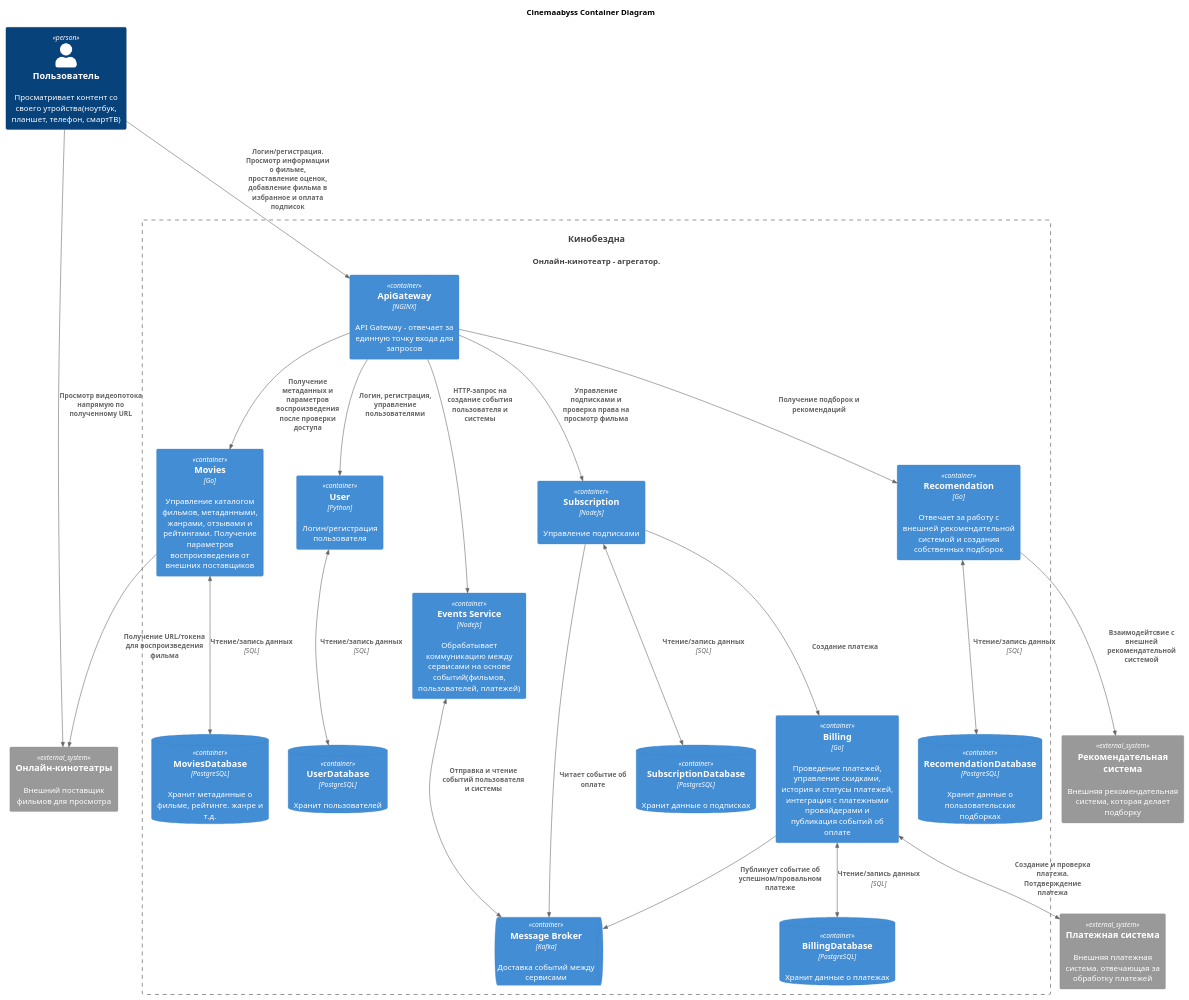
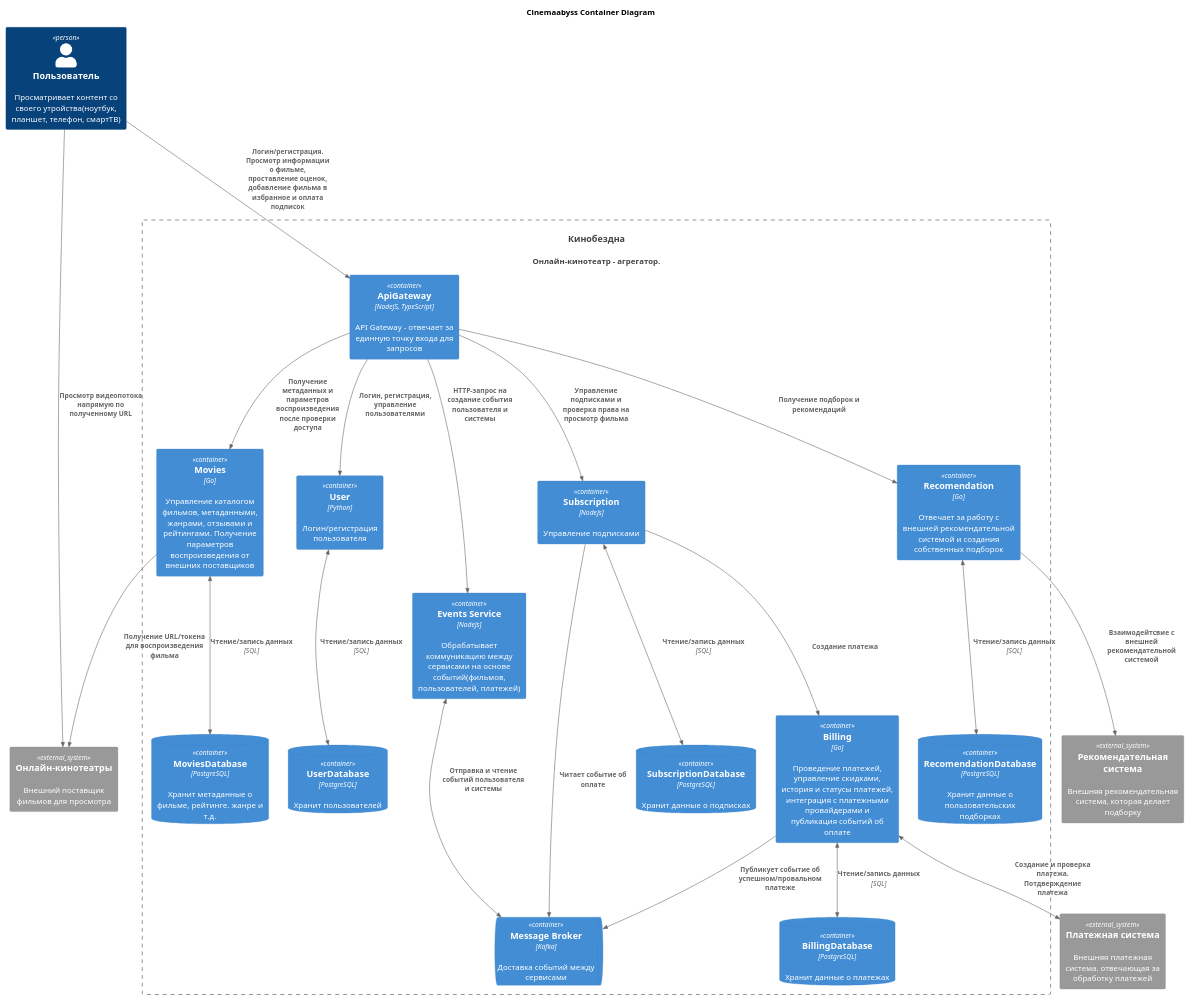
The diagram in docs/container.puml (Lobanovk/architecture-pro-cinemaabyss), drawn with PlantUML before and after one commit. The commit also changed 10 other files, not shown here.

```diff
--- a/docs/container.puml
+++ b/docs/container.puml
@@ -1,58 +1,58 @@
 @startuml
 title Cinemaabyss Container Diagram
 
 top to bottom direction
 
 !include https://raw.githubusercontent.com/plantuml-stdlib/C4-PlantUML/master/C4_Container.puml
 
 Person(person, "Пользователь", "Просматривает контент со своего утройства(ноутбук, планшет, телефон, смартТВ)")
 System(Cinemaabyss, "Кинобездна", "Онлайн-кинотеатр - агрегатор.")
 System_Ext(recomendation_sys, "Рекомендательная система", "Внешняя рекомендательная система, которая делает подборку")
 System_Ext(cinema_sys, "Онлайн-кинотеатры", "Внешний поставщик фильмов для просмотра")
 System_Ext(billing_sys, "Платежная система", "Внешняя платежная система. отвечающая за обработку платежей")
 
 Container_Boundary(Cinemaabyss, "Кинобездна",) {
-    Container(api_gtw, "ApiGateway", "NGINX", "API Gateway - отвечает за единную точку входа для запросов")
+    Container(api_gtw, "ApiGateway", "NodeJS, TypeScript", "API Gateway - отвечает за единную точку входа для запросов")
     Container(user, "User", "Python", "Логин/регистрация пользователя")
     Container(movies, "Movies", "Go", "Управление каталогом фильмов, метаданными, жанрами, отзывами и рейтингами. Получение параметров воспроизведения от внешних поставщиков")
     Container(recomendation, "Recomendation", "Go", "Отвечает за работу с внешней рекомендательной системой и создания собственных подборок")
     ContainerQueue(broker, "Message Broker", "Kafka", "Доставка событий между сервисами")
     Container(events, "Events Service", "NodeJs", "Обрабатывает коммуникацию между сервисами на основе событий(фильмов, пользователей, платежей)")
     Container(subscription, "Subscription", "NodeJs", "Управление подписками")
     Container(billing, "Billing", "Go", "Проведение платежей, управление скидками, история и статусы платежей, интеграция с платежными провайдерами и публикация событий об оплате")
 
     ContainerDb(user_db, "UserDatabase", "PostgreSQL", "Хранит пользователей")
     ContainerDb(movies_db, "MoviesDatabase", "PostgreSQL", "Хранит метаданные о фильме, рейтинге. жанре и т.д.")
     ContainerDb(subscription_db, "SubscriptionDatabase", "PostgreSQL", "Хранит данные о подписках")
     ContainerDb(billing_db, "BillingDatabase", "PostgreSQL", "Хранит данные о платежах")
     ContainerDb(recomendation_db, "RecomendationDatabase","PostgreSQL", "Хранит данные о пользовательских подборках")
 }
 
 
 Rel(person, api_gtw, "Логин/регистрация. Просмотр информации о фильме, проставление оценок, добавление фильма в избранное и оплата подписок")
 Rel(person, cinema_sys, "Просмотр видеопотока напрямую по полученному URL")
 
 Rel(api_gtw, subscription, "Управление подписками и проверка права на просмотр фильма")
 Rel(api_gtw, movies, "Получение метаданных и параметров воспроизведения после проверки доступа")
 Rel(api_gtw, events, "HTTP-запрос на создание события пользователя и системы")
 BiRel(events, broker, "Отправка и чтение событий пользователя и системы")
 Rel(api_gtw, user, "Логин, регистрация, управление пользователями")
 Rel(api_gtw, recomendation, "Получение подборок и рекомендаций")
 Rel(subscription, billing, "Создание платежа")
 BiRel(billing, billing_sys, "Создание и проверка платежа. Потдверждение платежа")
 
 Rel(billing, broker, "Публикует событие об успешном/провальном платеже")
 Rel(subscription, broker, "Читает событие об оплате")
 
 Rel(recomendation, recomendation_sys, "Взаимодейтсвие с внешней рекомендательной системой")
 
 Rel(movies, cinema_sys, "Получение URL/токена для воспроизведения фильма")
 
 
 BiRel(user, user_db, "Чтение/запись данных", "SQL")
 BiRel(movies, movies_db, "Чтение/запись данных", "SQL")
 BiRel(subscription, subscription_db, "Чтение/запись данных", "SQL")
 BiRel(billing, billing_db, "Чтение/запись данных", "SQL")
 BiRel(recomendation, recomendation_db, "Чтение/запись данных", "SQL")
 
 @enduml
```
